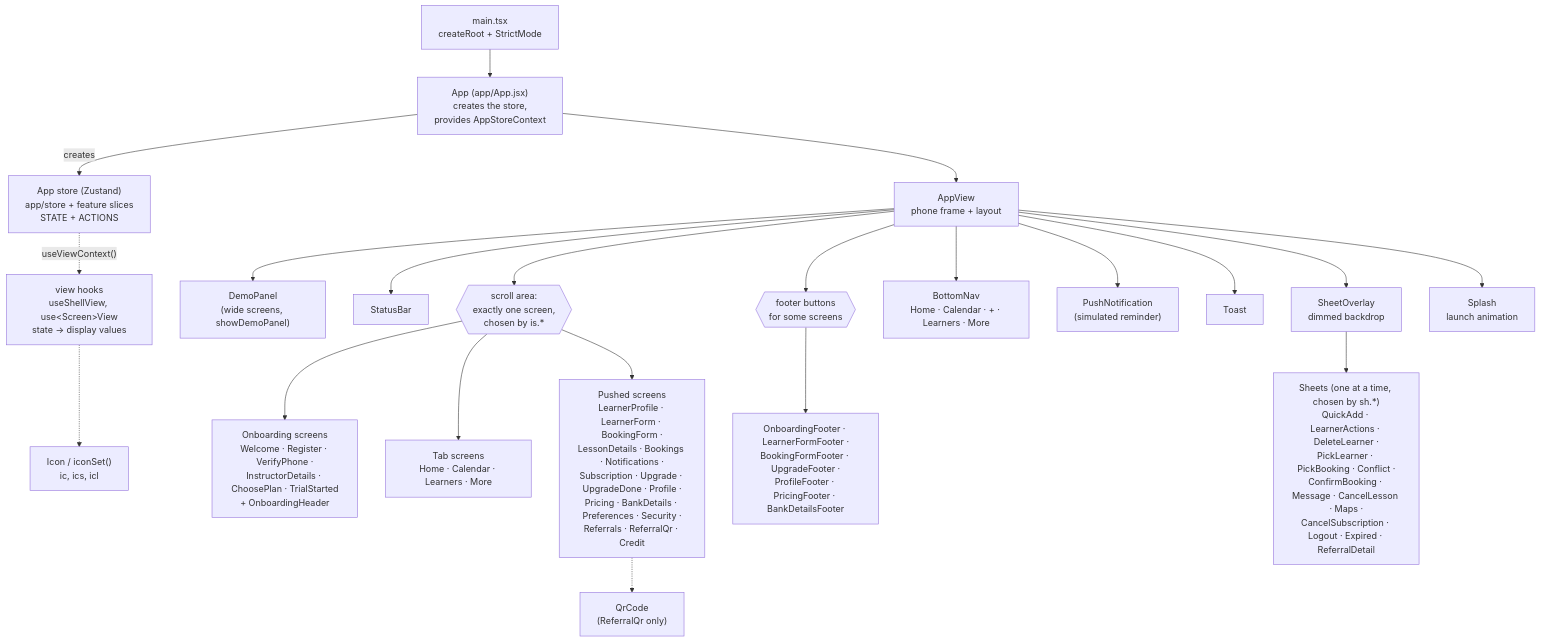
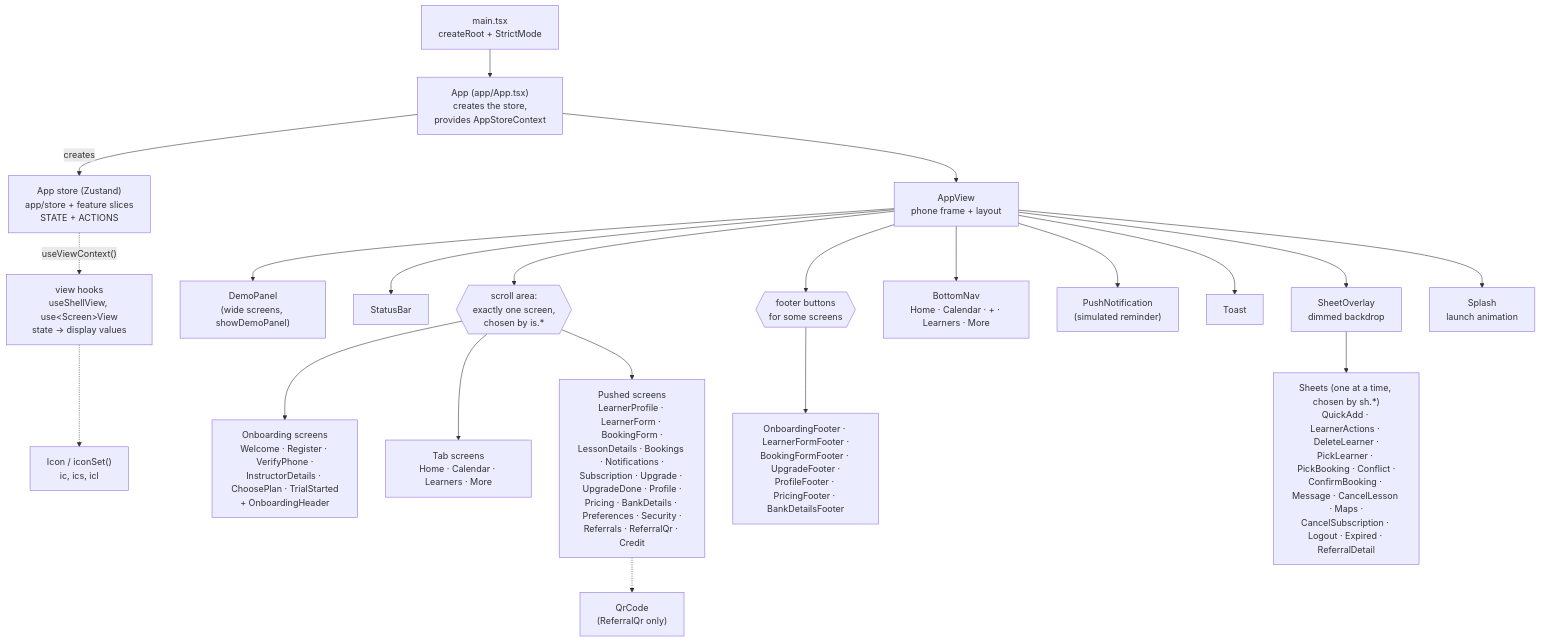
Before and after one commit to snehashisp/nexdrive: the third of 5 diagrams in docs/internal/component-diagram.md, drawn with Mermaid. The commit also changed other lines of this file and 178 other files, not shown here.

````diff
--- a/docs/internal/component-diagram.md
+++ b/docs/internal/component-diagram.md
@@ -82,34 +82,34 @@
 ```mermaid
 flowchart TD
   MAIN["main.tsx<br/>createRoot + StrictMode"] --> APP
 
-  APP["App (app/App.jsx)<br/>creates the store,<br/>provides AppStoreContext"]
+  APP["App (app/App.tsx)<br/>creates the store,<br/>provides AppStoreContext"]
   STORE["App store (Zustand)<br/>app/store + feature slices<br/>STATE + ACTIONS"]
   APP -- "creates" --> STORE
   APP --> VIEW
   HOOKS["view hooks<br/>useShellView, use&lt;Screen&gt;View<br/>state → display values"]
   STORE -. "useViewContext()" .-> HOOKS
 
   VIEW["AppView<br/>phone frame + layout"]
 
   VIEW --> PANEL["DemoPanel<br/>(wide screens, showDemoPanel)"]
   VIEW --> STATUS["StatusBar"]
   VIEW --> SCROLL{{"scroll area:<br/>exactly one screen,<br/>chosen by is.*"}}
   VIEW --> FOOT{{"footer buttons<br/>for some screens"}}
   VIEW --> NAV["BottomNav<br/>Home · Calendar · + · Learners · More"]
   VIEW --> PUSH["PushNotification<br/>(simulated reminder)"]
   VIEW --> TOAST["Toast"]
   VIEW --> OVER["SheetOverlay<br/>dimmed backdrop"]
   VIEW --> SPLASH["Splash<br/>launch animation"]
 
   SCROLL --> OB["Onboarding screens<br/>Welcome · Register · VerifyPhone ·<br/>InstructorDetails · ChoosePlan · TrialStarted<br/>+ OnboardingHeader"]
   SCROLL --> MAINS["Tab screens<br/>Home · Calendar · Learners · More"]
   SCROLL --> DETAIL["Pushed screens<br/>LearnerProfile · LearnerForm · BookingForm ·<br/>LessonDetails · Bookings · Notifications ·<br/>Subscription · Upgrade · UpgradeDone · Profile ·<br/>Pricing · BankDetails · Preferences · Security ·<br/>Referrals · ReferralQr · Credit"]
 
   FOOT --> FOOTS["OnboardingFooter · LearnerFormFooter ·<br/>BookingFormFooter · UpgradeFooter ·<br/>ProfileFooter · PricingFooter · BankDetailsFooter"]
 
   OVER --> SHEETS["Sheets (one at a time, chosen by sh.*)<br/>QuickAdd · LearnerActions · DeleteLearner ·<br/>PickLearner · PickBooking · Conflict ·<br/>ConfirmBooking · Message · CancelLesson · Maps ·<br/>CancelSubscription · Logout · Expired · ReferralDetail"]
 
   DETAIL -.-> QR["QrCode<br/>(ReferralQr only)"]
   HOOKS -.-> ICON["Icon / iconSet()<br/>ic, ics, icl"]
 ```
````
